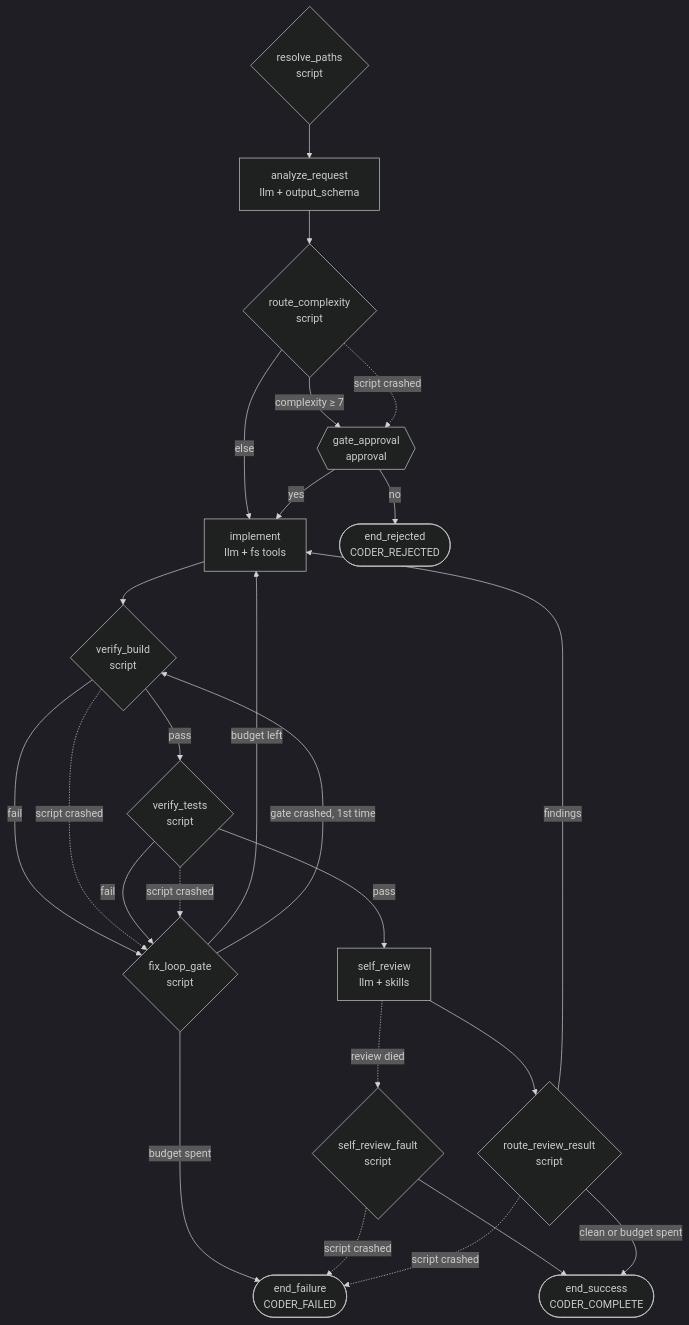
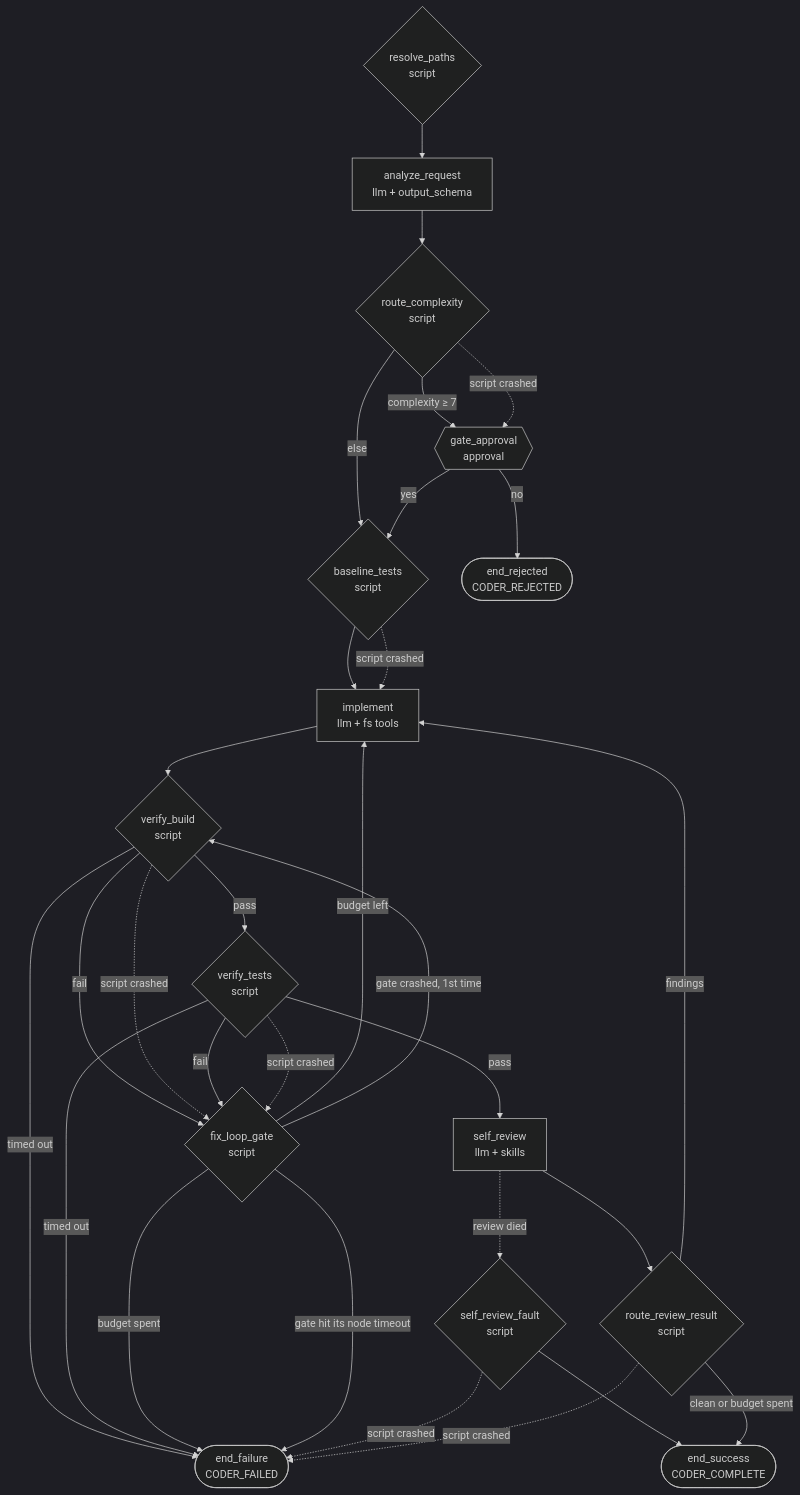
One commit to Dark-Alex-17/coyote changed the diagram in assets/agents/coder/README.md. Above: the diagram before and after it, drawn with Mermaid (dark theme). The commit also changed other lines of this file and 10 other files, not shown here.

First line of the commit message:
feat(TASK-472): port coder baseline-aware test gate and worktree verification

````diff
--- a/assets/agents/coder/README.md
+++ b/assets/agents/coder/README.md
@@ -13,37 +13,42 @@
 ```mermaid
 flowchart TD
     resolve_paths{"resolve_paths<br/>script"} --> analyze_request
     analyze_request["analyze_request<br/>llm + output_schema"] --> route_complexity
     route_complexity{"route_complexity<br/>script"}
     route_complexity -->|"complexity ≥ 7"| gate_approval
-    route_complexity -->|else| implement
+    route_complexity -->|else| baseline_tests
     route_complexity -. "script crashed" .-> gate_approval
     gate_approval{{"gate_approval<br/>approval"}}
-    gate_approval -->|yes| implement
+    gate_approval -->|yes| baseline_tests
     gate_approval -->|no| end_rejected
+    baseline_tests{"baseline_tests<br/>script"} --> implement
+    baseline_tests -. "script crashed" .-> implement
     implement["implement<br/>llm + fs tools"] --> verify_build
     verify_build{"verify_build<br/>script"}
     verify_build -->|pass| verify_tests
     verify_build -->|fail| fix_loop_gate
+    verify_build -->|"timed out"| end_failure
     verify_build -. "script crashed" .-> fix_loop_gate
     verify_tests{"verify_tests<br/>script"}
     verify_tests -->|pass| self_review
     verify_tests -->|fail| fix_loop_gate
+    verify_tests -->|"timed out"| end_failure
     verify_tests -. "script crashed" .-> fix_loop_gate
     fix_loop_gate{"fix_loop_gate<br/>script"}
     fix_loop_gate -->|"budget left"| implement
     fix_loop_gate -->|"budget spent"| end_failure
     fix_loop_gate -->|"gate crashed, 1st time"| verify_build
+    fix_loop_gate -->|"gate hit its node timeout"| end_failure
     self_review["self_review<br/>llm + skills"] --> route_review_result
     self_review -. "review died" .-> self_review_fault
     self_review_fault{"self_review_fault<br/>script"} --> end_success
     self_review_fault -. "script crashed" .-> end_failure
     route_review_result{"route_review_result<br/>script"}
     route_review_result -->|"clean or budget spent"| end_success
     route_review_result -->|findings| implement
     route_review_result -. "script crashed" .-> end_failure
 
     end_success(["end_success<br/>CODER_COMPLETE"])
     end_rejected(["end_rejected<br/>CODER_REJECTED"])
     end_failure(["end_failure<br/>CODER_FAILED"])
 ```
````
